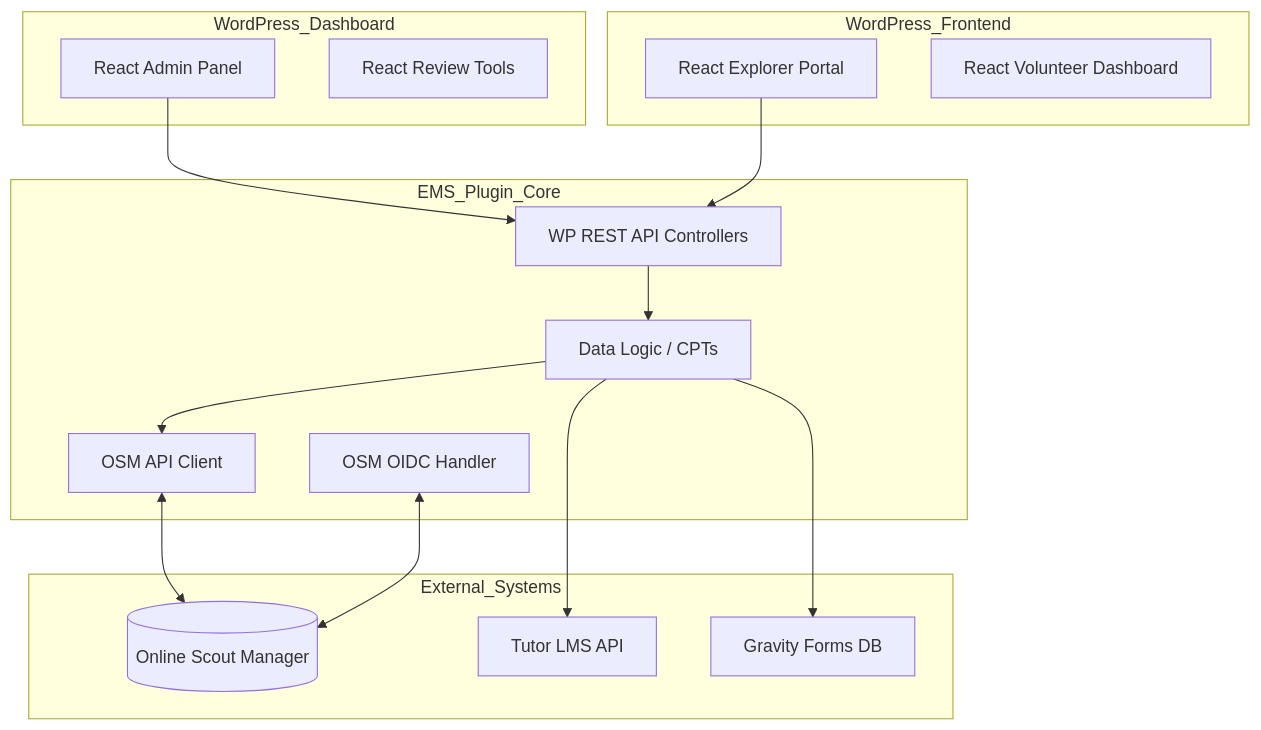
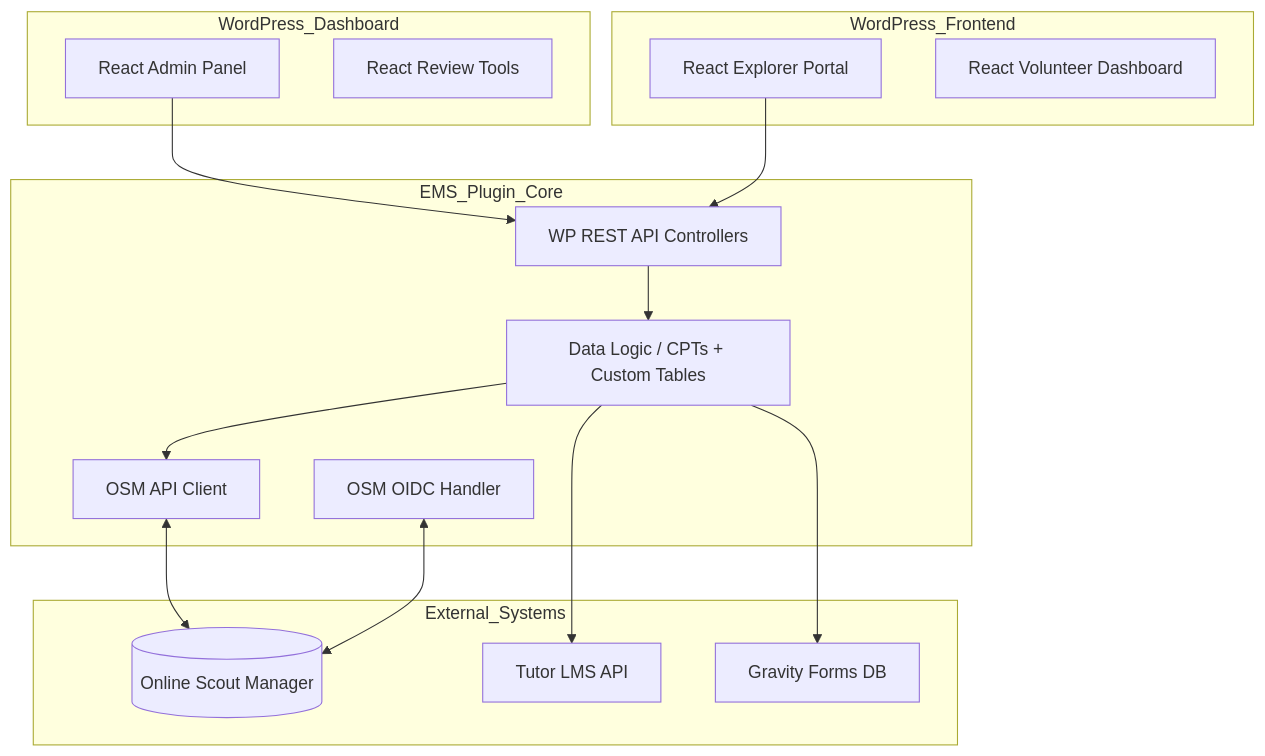
Before and after one commit to circularlizard/expedition-management-system: the diagram in docs/Technical Architecture.md, drawn with Mermaid. The commit also changed other lines of this file and 4 other files, not shown here.

First line of the commit message:
Expand data schema with custom tables, expedition codes, team auto-generation, and service account architecture

````diff
--- a/docs/Technical Architecture.md
+++ b/docs/Technical Architecture.md
@@ -85,34 +109,34 @@
 ```mermaid
 graph TD
     subgraph WordPress_Dashboard
         AdminUI[React Admin Panel]
         LiCUI[React Review Tools]
     end
 
     subgraph WordPress_Frontend
         ExplorerUI[React Explorer Portal]
         VolunteerUI[React Volunteer Dashboard]
     end
 
     subgraph EMS_Plugin_Core
         Auth[OSM OIDC Handler]
         OSM_API[OSM API Client]
         REST[WP REST API Controllers]
-        DataModel[Data Logic / CPTs]
+        DataModel[Data Logic / CPTs + Custom Tables]
     end
 
     subgraph External_Systems
         OSM[(Online Scout Manager)]
         TutorLMS[Tutor LMS API]
         GF[Gravity Forms DB]
     end
 
     AdminUI --> REST
     ExplorerUI --> REST
     REST --> DataModel
     DataModel --> OSM_API
     OSM_API <--> OSM
     DataModel --> GF
     DataModel --> TutorLMS
     Auth <--> OSM
 ```
````
